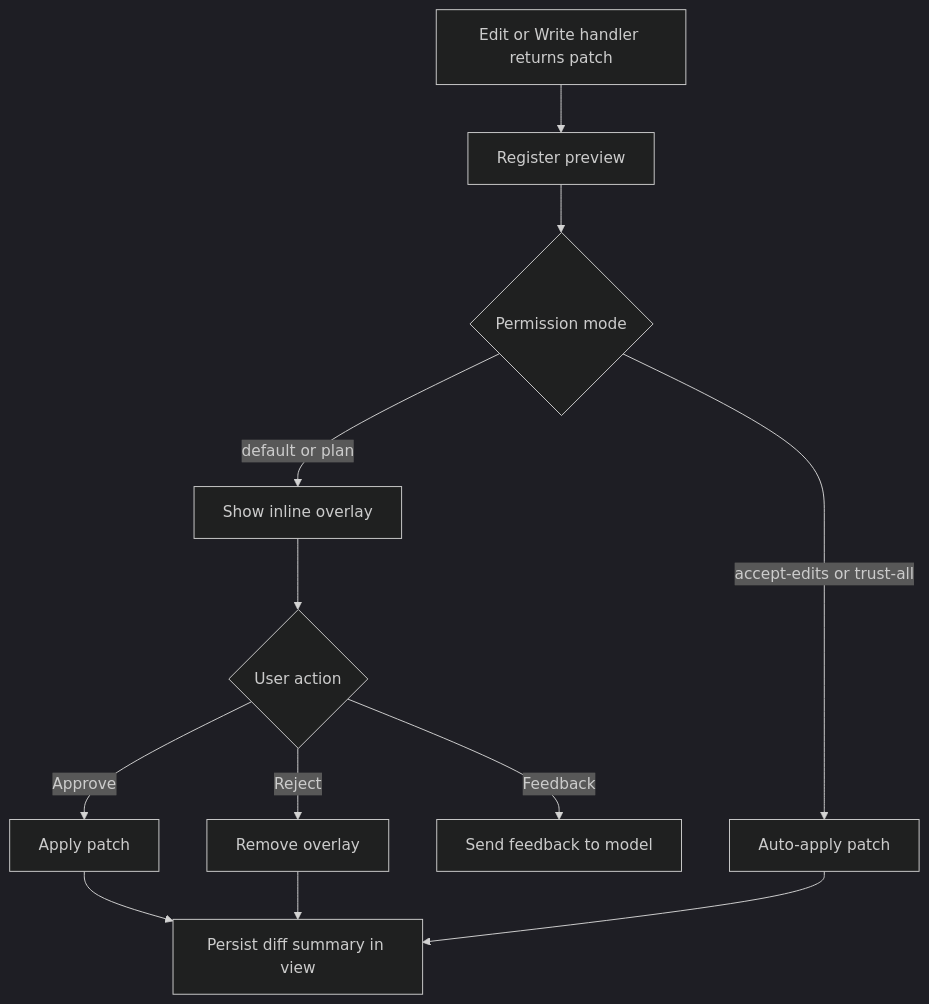
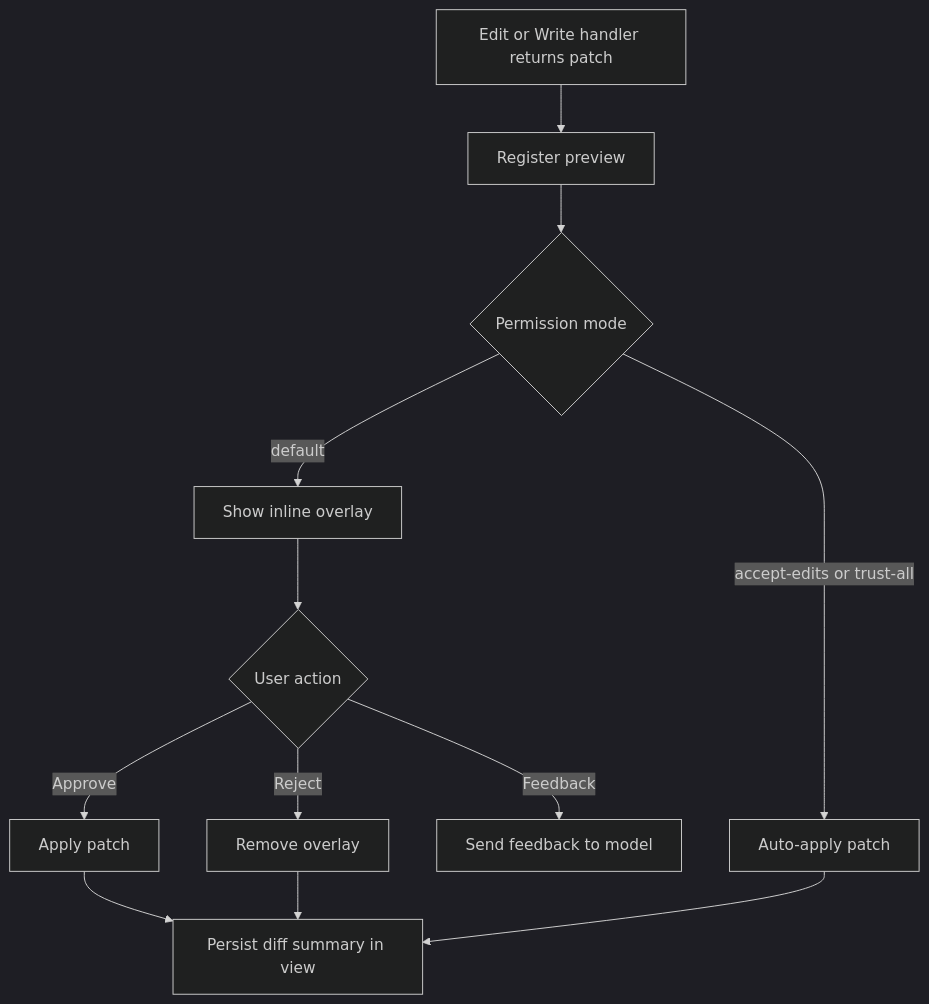
The diagram in docs/preview.md (FrauH0lle/mevedel), drawn with Mermaid (dark theme) before and after one commit. The commit also changed other lines of this file and 45 other files, not shown here.

````diff
--- a/docs/preview.md
+++ b/docs/preview.md
@@ -27,14 +27,14 @@
 ```mermaid
 flowchart TD
     A[Edit or Write handler returns patch] --> B[Register preview]
     B --> C{Permission mode}
-    C -- default or plan --> D[Show inline overlay]
+    C -- default --> D[Show inline overlay]
     C -- accept-edits or trust-all --> E[Auto-apply patch]
     D --> F{User action}
     F -- Approve --> G[Apply patch]
     F -- Reject --> H[Remove overlay]
     F -- Feedback --> I[Send feedback to model]
     G --> J[Persist diff summary in view]
     E --> J
     H --> J
 ```
````
